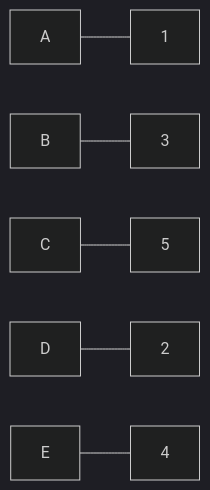
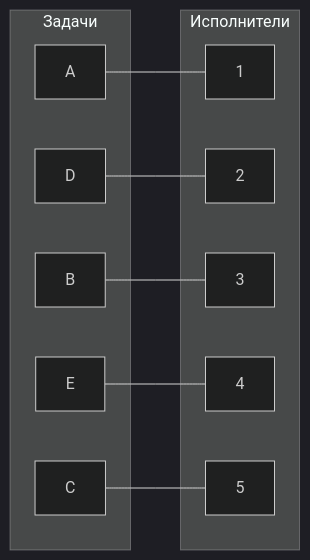
Before and after one commit to hse-algo-24-crow/manual-tasks-crow: the fourth of 4 diagrams in task-8/goidaz.md, drawn with Mermaid (dark theme). The commit also changed other lines of this file, not shown here.

````diff
--- a/task-8/goidaz.md
+++ b/task-8/goidaz.md
@@ -276,21 +306,22 @@
 ```mermaid
 graph LR
-    %% Задачи
-    A[A]
-    B[B]
-    C[C]
-    D[D]
-    E[E]
-    %% Исполнители
-    One[1]
-    Two[2]
-    Three[3]
-    Four[4]
-    Five[5]
-
-    A --- One
-    B --- Three
-    C --- Five
-    D --- Two
-    E --- Four
+    subgraph "Задачи"
+        A[A]
+        B[B]
+        C[C]
+        D[D]
+        E[E]
+    end
+    subgraph "Исполнители"
+        I1[1]
+        I2[2]
+        I3[3]
+        I4[4]
+        I5[5]
+    end
+    A --- I1
+    B --- I3
+    C --- I5
+    D --- I2
+    E --- I4
 ```
````
